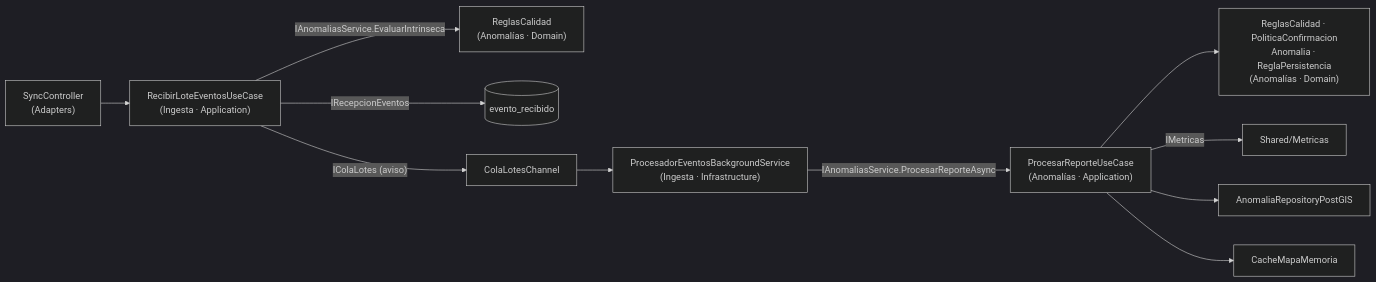
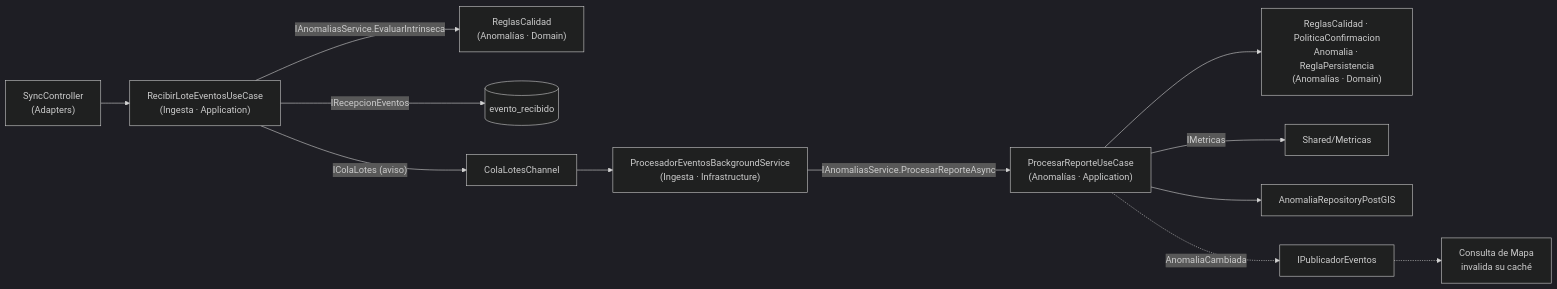
Before and after one commit to Crisso29/KillaUru_Sprint01: the second of 3 diagrams in docs/02-arquitectura-de-software/enfoque-arquitectonico.md, drawn with Mermaid (dark theme). The commit also changed other lines of this file and 13 other files, not shown here.

````diff
--- a/docs/02-arquitectura-de-software/enfoque-arquitectonico.md
+++ b/docs/02-arquitectura-de-software/enfoque-arquitectonico.md
@@ -170,13 +188,14 @@
 ```mermaid
 flowchart LR
     SC["SyncController<br/>(Adapters)"] --> RL["RecibirLoteEventosUseCase<br/>(Ingesta · Application)"]
     RL -- "IAnomaliasService.EvaluarIntrinseca" --> VAL0["ReglasCalidad<br/>(Anomalías · Domain)"]
     RL -- "IRecepcionEventos" --> RE[("evento_recibido")]
     RL -- "IColaLotes (aviso)" --> Q["ColaLotesChannel"]
     Q --> BG["ProcesadorEventosBackgroundService<br/>(Ingesta · Infrastructure)"]
     BG -- "IAnomaliasService.ProcesarReporteAsync" --> PR["ProcesarReporteUseCase<br/>(Anomalías · Application)"]
     PR --> DOM["ReglasCalidad · PoliticaConfirmacion<br/>Anomalia · ReglaPersistencia<br/>(Anomalías · Domain)"]
     PR -- "IMetricas" --> MT["Shared/Metricas"]
     PR --> RP["AnomaliaRepositoryPostGIS"]
-    PR --> CA["CacheMapaMemoria"]
+    PR -. "AnomaliaCambiada" .-> EV["IPublicadorEventos"]
+    EV -.-> CA["Consulta de Mapa<br/>invalida su caché"]
 ```
````
